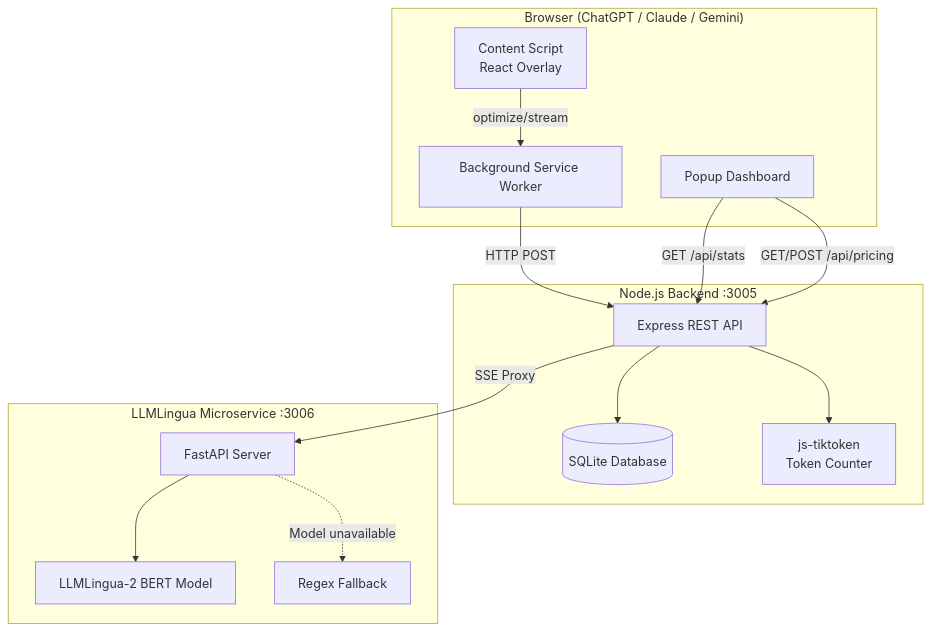
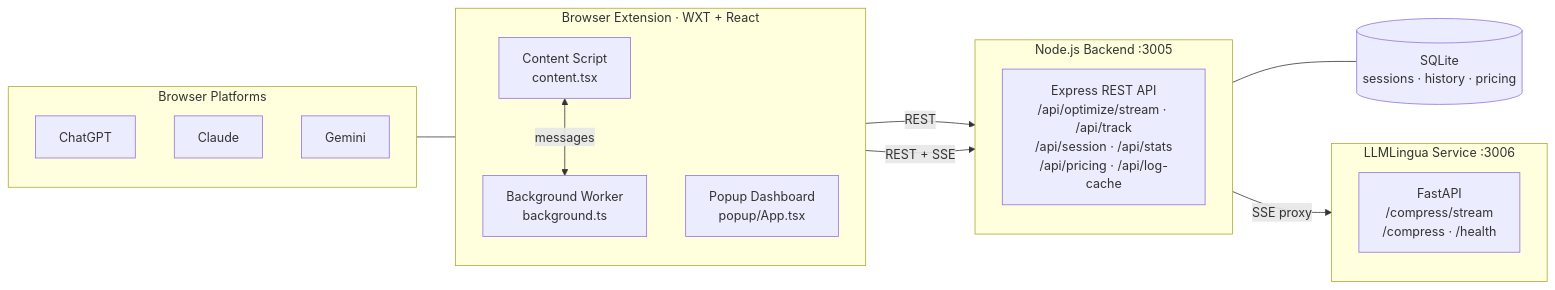
Before and after one commit to harshitzofficial/Promptly: the first of 7 diagrams in README.md, drawn with Mermaid.

Commit message:
docs: replace high-level architecture diagram with cleaner flowchart
- Use flowchart LR layout showing left-to-right data flow
- Show browser platforms (ChatGPT, Claude, Gemini) as source
- Label extension entrypoints with actual filenames (content.tsx,
  background.ts, popup/App.tsx)
- List verified backend API routes (/api/optimize/stream, /api/track,
  /api/session, /api/stats, /api/pricing, /api/log-cache)
- List verified LLMLingua FastAPI routes (/compress/stream, /compress,
  /health)
- Show SQLite storage with table names (sessions, history, pricing)
- Focus on component boundaries and main data-flow arrows

````diff
--- a/README.md
+++ b/README.md
@@ -68,30 +68,35 @@
 ```mermaid
-graph TB
-    subgraph Browser["Browser (ChatGPT / Claude / Gemini)"]
-        CS[Content Script<br/>React Overlay]
-        BG[Background Service Worker]
-        PP[Popup Dashboard]
+flowchart LR
+    subgraph Platforms["Browser Platforms"]
+        direction TB
+        ChatGPT
+        Claude
+        Gemini
+    end
+
+    subgraph Extension["Browser Extension · WXT + React"]
+        direction TB
+        CS["Content Script<br/>content.tsx"]
+        BG["Background Worker<br/>background.ts"]
+        PP["Popup Dashboard<br/>popup/App.tsx"]
     end
 
     subgraph Backend["Node.js Backend :3005"]
-        API[Express REST API]
-        DB[(SQLite Database)]
-        TK[js-tiktoken<br/>Token Counter]
+        direction TB
+        API["Express REST API<br/>/api/optimize/stream · /api/track<br/>/api/session · /api/stats<br/>/api/pricing · /api/log-cache"]
     end
 
-    subgraph LLM["LLMLingua Microservice :3006"]
-        FA[FastAPI Server]
-        ML[LLMLingua-2 BERT Model]
-        FB[Regex Fallback]
+    subgraph LLMService["LLMLingua Service :3006"]
+        direction TB
+        FA["FastAPI<br/>/compress/stream<br/>/compress · /health"]
     end
 
-    CS -->|"optimize/stream"| BG
-    BG -->|"HTTP POST"| API
-    PP -->|"GET /api/stats"| API
-    PP -->|"GET/POST /api/pricing"| API
-    API -->|"SSE Proxy"| FA
-    FA --> ML
-    FA -.->|"Model unavailable"| FB
-    API --> DB
-    API --> TK
+    DB[("SQLite<br/>sessions · history · pricing")]
+
+    Platforms --- CS
+    CS <--> |messages| BG
+    PP -- "REST" --> API
+    BG -- "REST + SSE" --> API
+    API -- "SSE proxy" --> FA
+    API --- DB
 ```
````
